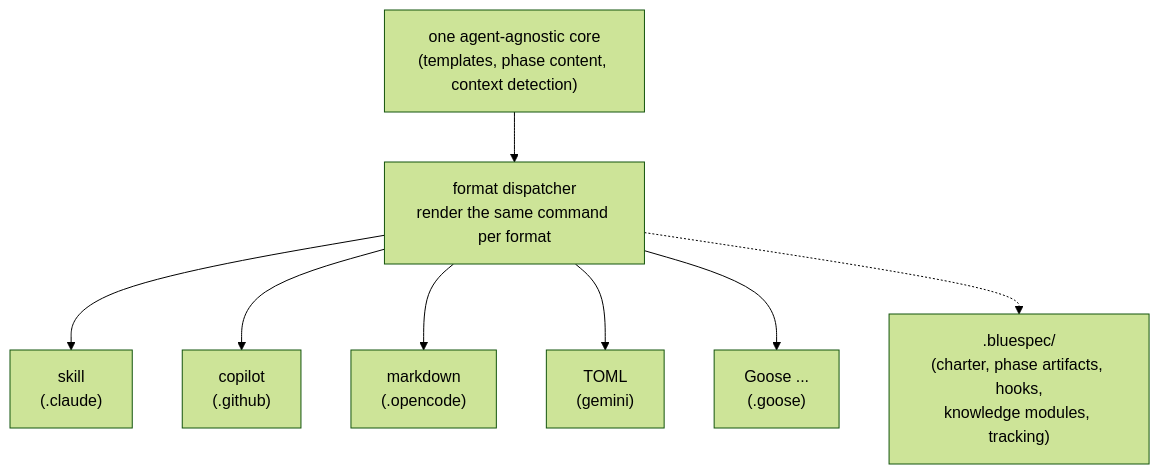
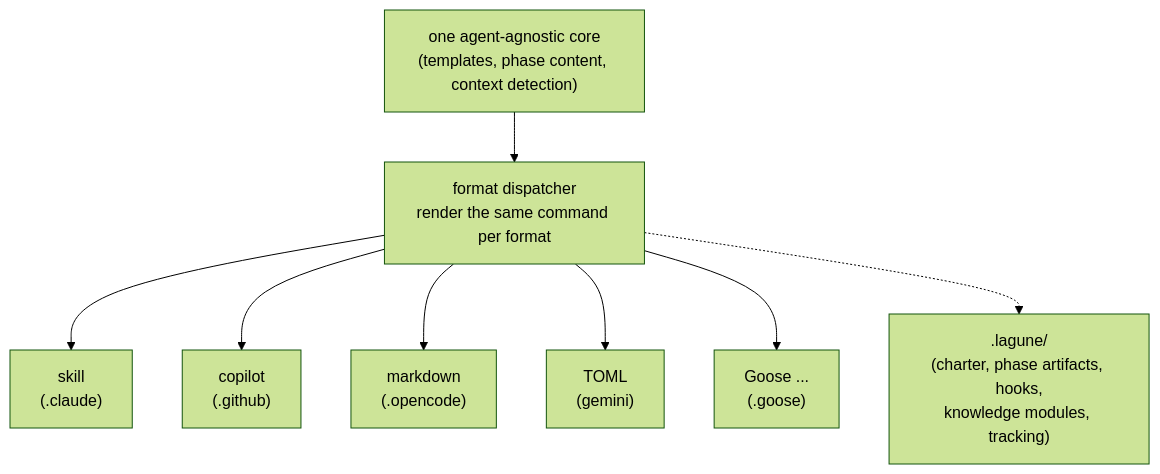
One commit to wellwelwel/blue-spec changed the sixth of 7 diagrams in website/src/content/PAPER.mdx. Above: the diagram before and after it, drawn with Mermaid (forest theme). The commit also changed other lines of this file and 177 other files, not shown here.

````diff
--- a/website/src/content/PAPER.mdx
+++ b/website/src/content/PAPER.mdx
@@ -380,12 +380,12 @@
 ```mermaid
 flowchart TB
     core["one agent-agnostic core<br/>(templates, phase content, context detection)"]
     core --> dispatcher
     dispatcher["format dispatcher<br/>render the same command per format"]
     dispatcher --> skill["skill<br/>(.claude)"]
     dispatcher --> copilot["copilot<br/>(.github)"]
     dispatcher --> markdown["markdown<br/>(.opencode)"]
     dispatcher --> toml["TOML<br/>(gemini)"]
     dispatcher --> goose["Goose ...<br/>(.goose)"]
-    dispatcher -.-> bluespec[".bluespec/<br/>(charter, phase artifacts, hooks,<br/>knowledge modules, tracking)"]
+    dispatcher -.-> lagune[".lagune/<br/>(charter, phase artifacts, hooks,<br/>knowledge modules, tracking)"]
 ```
````
